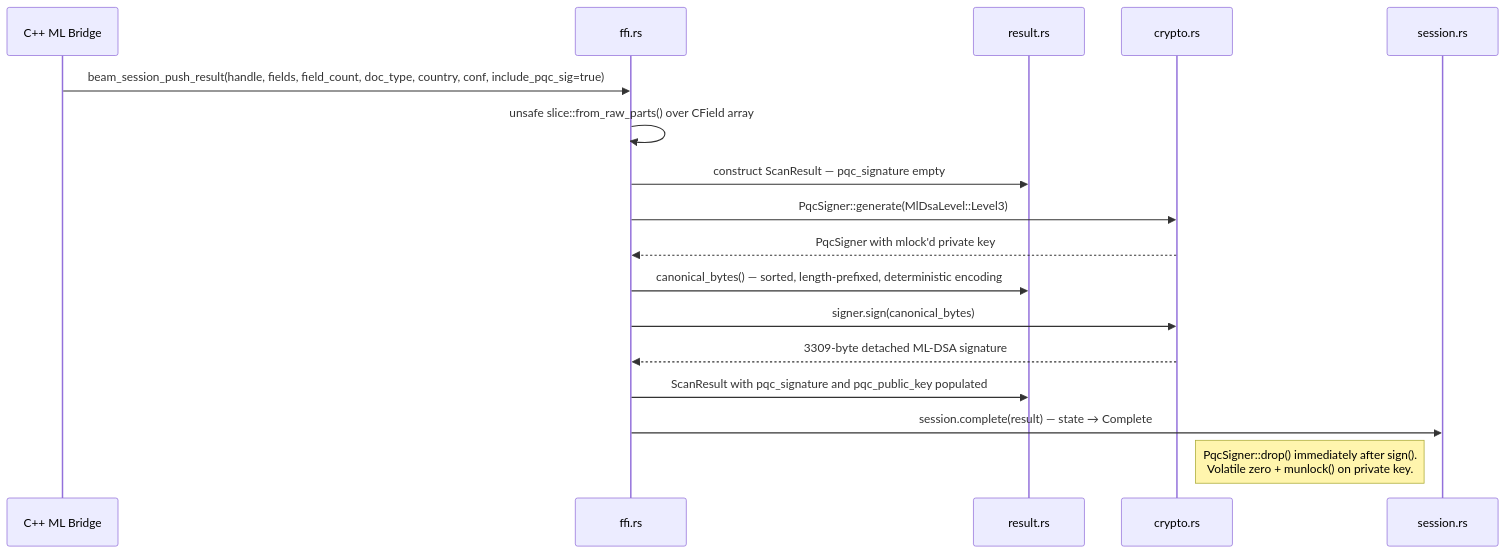
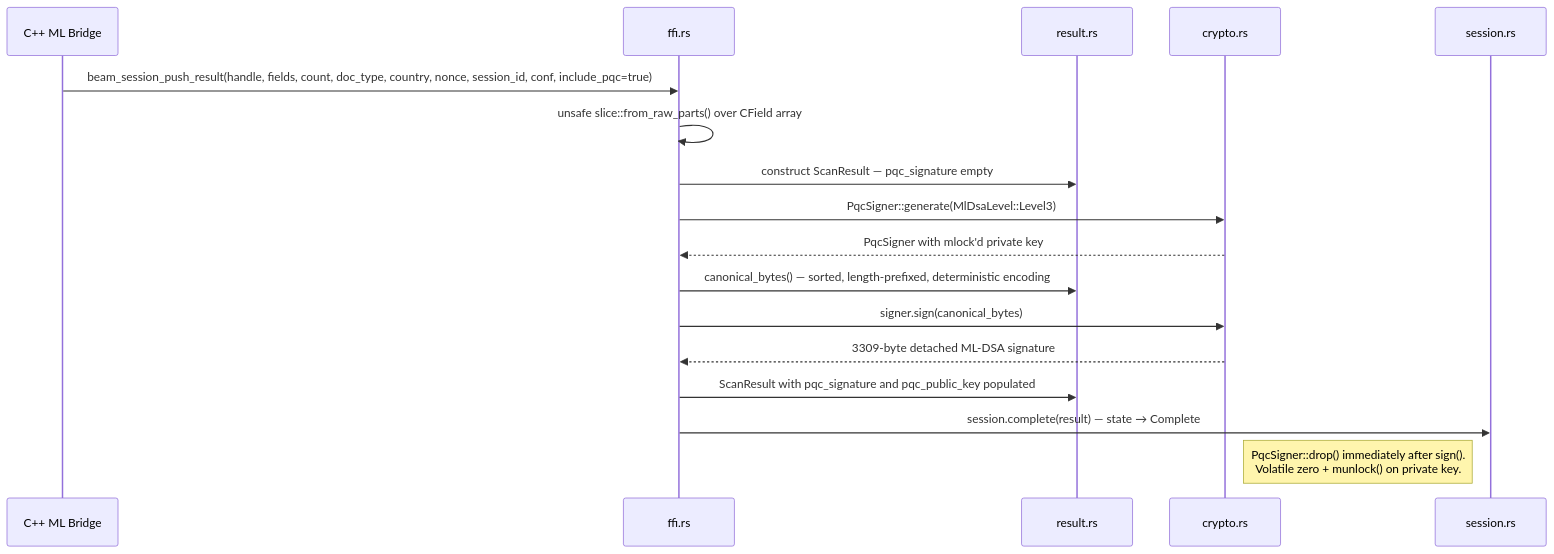
Before and after one commit to NeoOne601/beam-sdk: the ninth of 11 diagrams in README.md, drawn with Mermaid. The commit also changed other lines of this file and 19 other files, not shown here.

````diff
--- a/README.md
+++ b/README.md
@@ -370,20 +371,20 @@
 ```mermaid
 sequenceDiagram
     participant CPP as C++ ML Bridge
     participant FFI as ffi.rs
     participant RES as result.rs
     participant CRYPTO as crypto.rs
     participant SESSION as session.rs
 
-    CPP->>FFI: beam_session_push_result(handle, fields, field_count, doc_type, country, conf, include_pqc_sig=true)
+    CPP->>FFI: beam_session_push_result(handle, fields, count, doc_type, country, nonce, session_id, conf, include_pqc=true)
     FFI->>FFI: unsafe slice::from_raw_parts() over CField array
     FFI->>RES: construct ScanResult — pqc_signature empty
     FFI->>CRYPTO: PqcSigner::generate(MlDsaLevel::Level3)
     CRYPTO-->>FFI: PqcSigner with mlock'd private key
     FFI->>RES: canonical_bytes() — sorted, length-prefixed, deterministic encoding
     FFI->>CRYPTO: signer.sign(canonical_bytes)
     CRYPTO-->>FFI: 3309-byte detached ML-DSA signature
     FFI->>RES: ScanResult with pqc_signature and pqc_public_key populated
     FFI->>SESSION: session.complete(result) — state → Complete
     Note right of CRYPTO: PqcSigner::drop() immediately after sign().<br/>Volatile zero + munlock() on private key.
 ```
````
